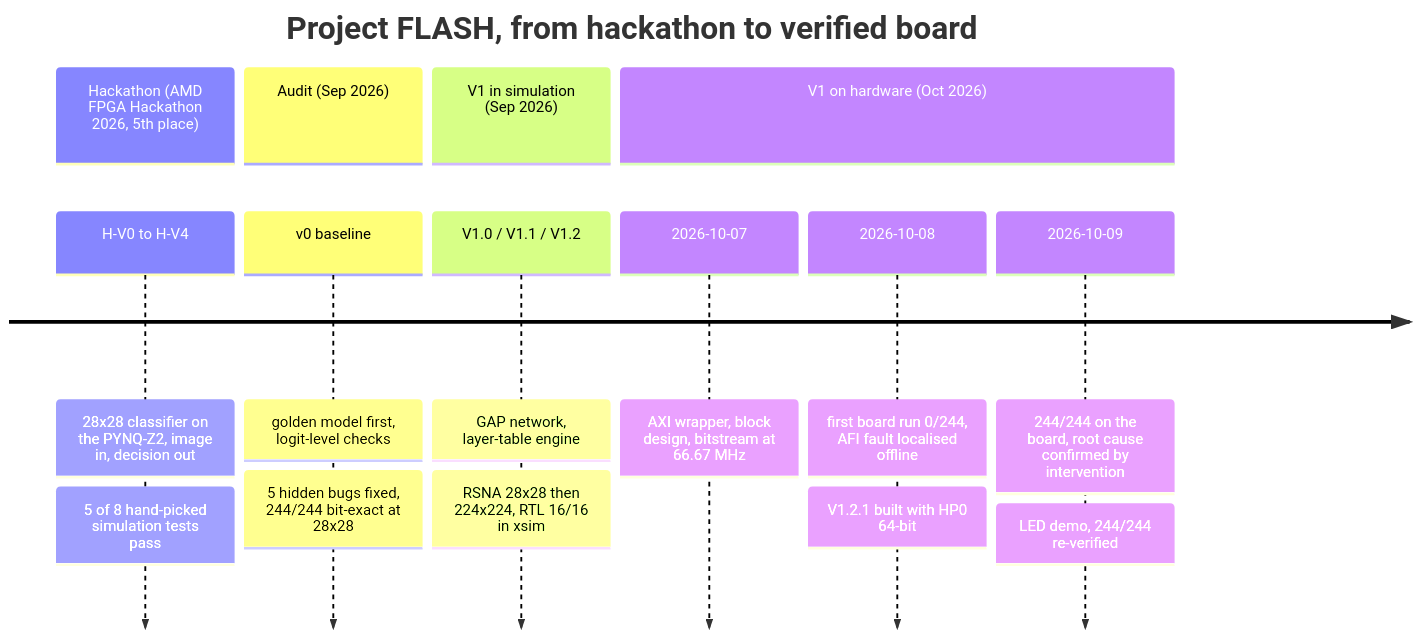
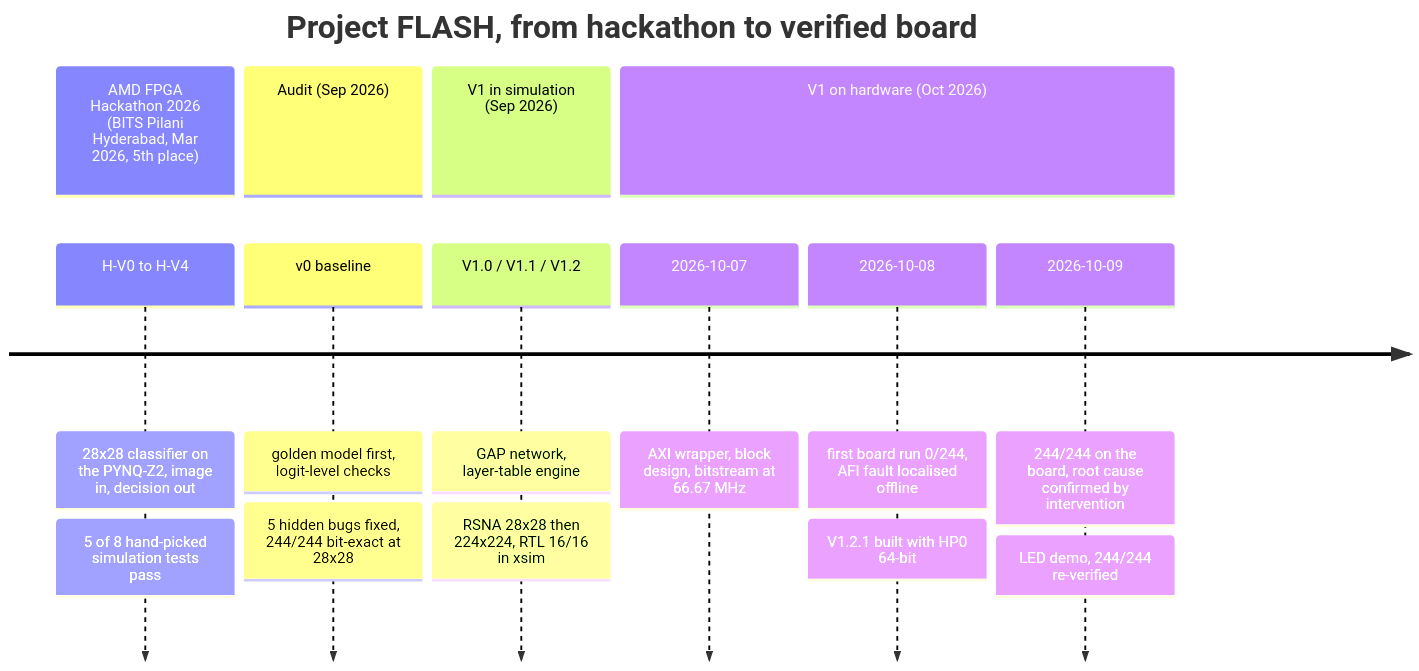
Before and after one commit to Karthik-Flash/ProjectFlash: the first of 4 diagrams in PROJECT_FLASH_REPORT.md, drawn with Mermaid. The commit also changed other lines of this file and 4 other files, not shown here.

````diff
--- a/PROJECT_FLASH_REPORT.md
+++ b/PROJECT_FLASH_REPORT.md
@@ -144,19 +144,19 @@
 ```mermaid
 timeline
     title Project FLASH, from hackathon to verified board
-    section Hackathon (AMD FPGA Hackathon 2026, 5th place)
+    section AMD FPGA Hackathon 2026 (BITS Pilani Hyderabad, Mar 2026, 5th place)
         H-V0 to H-V4 : 28x28 classifier on the PYNQ-Z2, image in, decision out
                      : 5 of 8 hand-picked simulation tests pass
     section Audit (Sep 2026)
         v0 baseline : golden model first, logit-level checks
                     : 5 hidden bugs fixed, 244/244 bit-exact at 28x28
     section V1 in simulation (Sep 2026)
         V1.0 / V1.1 / V1.2 : GAP network, layer-table engine
                            : RSNA 28x28 then 224x224, RTL 16/16 in xsim
     section V1 on hardware (Oct 2026)
         2026-10-07 : AXI wrapper, block design, bitstream at 66.67 MHz
         2026-10-08 : first board run 0/244, AFI fault localised offline
                    : V1.2.1 built with HP0 64-bit
         2026-10-09 : 244/244 on the board, root cause confirmed by intervention
                    : LED demo, 244/244 re-verified
 ```
````
